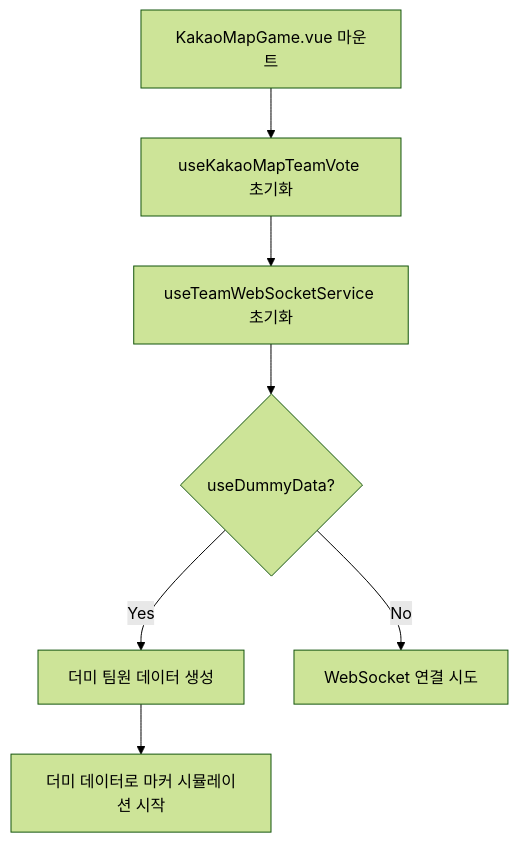
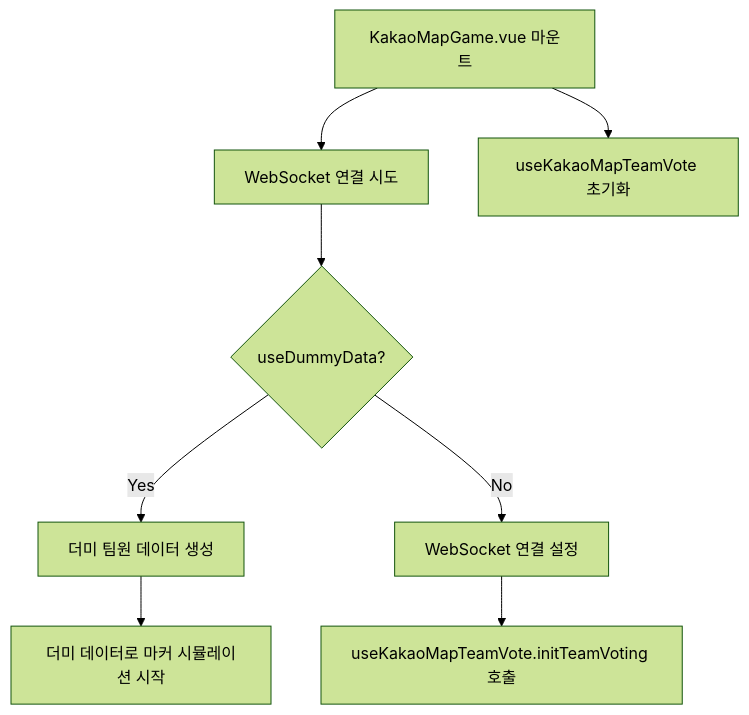
The first of 4 diagrams in src/features/game/shared/components/Kakao/KakaoMapGame/README.md (hamlsy/KoSpot-frontend), drawn with Mermaid (forest theme) before and after one commit. The commit also changed other lines of this file and 10 other files, not shown here.

````diff
--- a/src/features/game/shared/components/Kakao/KakaoMapGame/README.md
+++ b/src/features/game/shared/components/Kakao/KakaoMapGame/README.md
@@ -29,9 +29,10 @@
 ```mermaid
 flowchart TD
-    A[KakaoMapGame.vue 마운트] --> B[useKakaoMapTeamVote 초기화]
-    B --> C[useTeamWebSocketService 초기화]
-    C --> D{useDummyData?}
+    A[KakaoMapGame.vue 마운트] --> B[WebSocket 연결 시도]
+    A --> C[useKakaoMapTeamVote 초기화]
+    B --> D{useDummyData?}
     D -->|Yes| E[더미 팀원 데이터 생성]
-    D -->|No| F[WebSocket 연결 시도]
+    D -->|No| F[WebSocket 연결 설정]
     E --> G[더미 데이터로 마커 시뮬레이션 시작]
+    F --> H[useKakaoMapTeamVote.initTeamVoting 호출]
 ```
````
